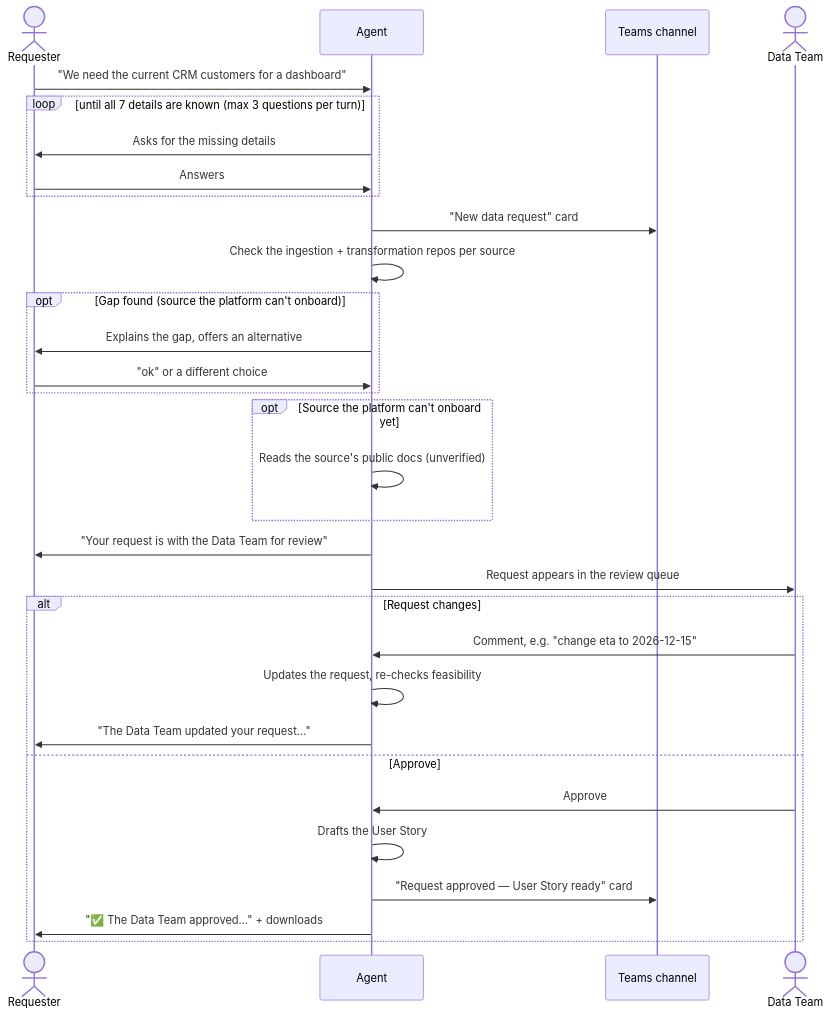
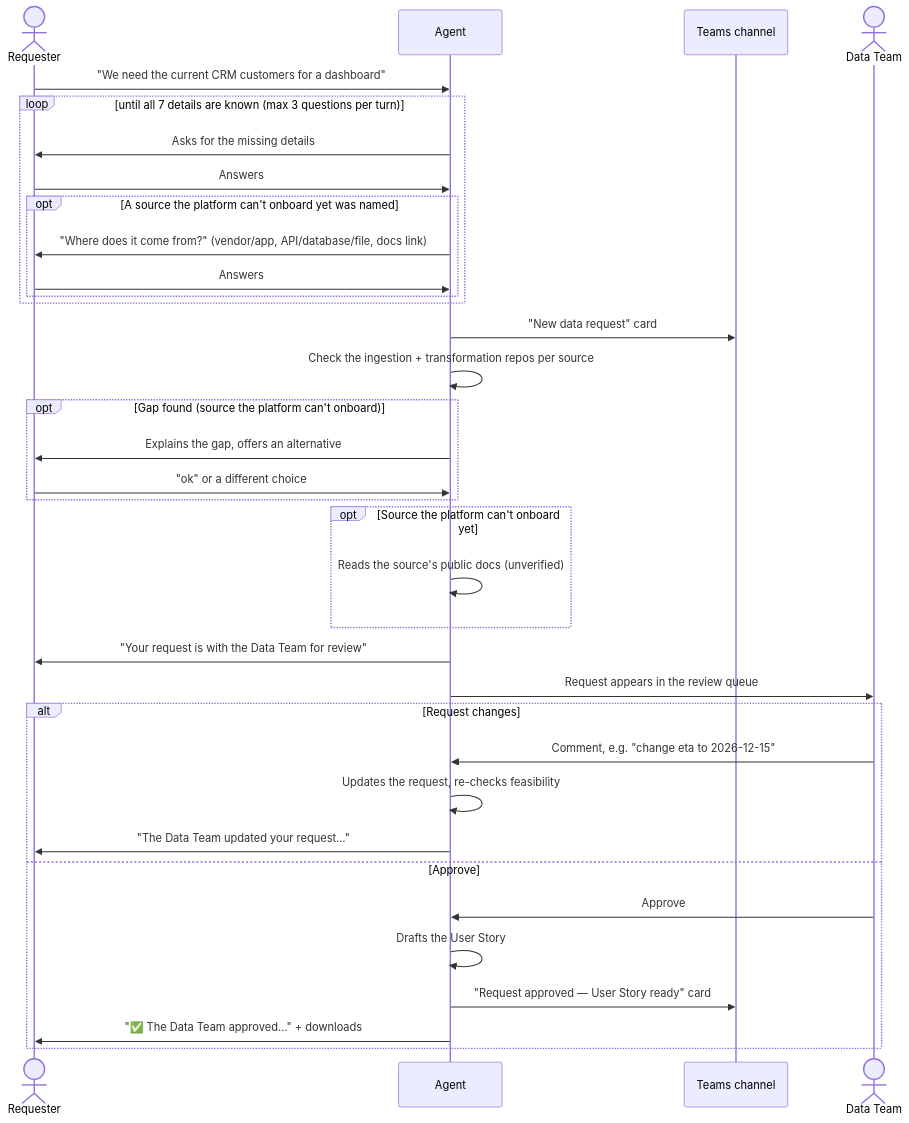
Before and after one commit to thanhphat2609/data-onboarding-agent: the diagram in docs/HOW_IT_WORKS.md, drawn with Mermaid. The commit also changed 3 other files, not shown here.

````diff
--- a/docs/HOW_IT_WORKS.md
+++ b/docs/HOW_IT_WORKS.md
@@ -10,34 +10,38 @@
 ```mermaid
 sequenceDiagram
     actor R as Requester
     participant A as Agent
     participant T as Teams channel
     actor D as Data Team
 
     R->>A: "We need the current CRM customers for a dashboard"
     loop until all 7 details are known (max 3 questions per turn)
         A->>R: Asks for the missing details
         R->>A: Answers
+        opt A source the platform can't onboard yet was named
+            A->>R: "Where does it come from?" (vendor/app, API/database/file, docs link)
+            R->>A: Answers
+        end
     end
     A->>T: "New data request" card
     A->>A: Check the ingestion + transformation repos per source
     opt Gap found (source the platform can't onboard)
         A->>R: Explains the gap, offers an alternative
         R->>A: "ok" or a different choice
     end
     opt Source the platform can't onboard yet
         A->>A: Reads the source's public docs (unverified)
     end
     A->>R: "Your request is with the Data Team for review"
     A->>D: Request appears in the review queue
     alt Request changes
         D->>A: Comment, e.g. "change eta to 2026-12-15"
         A->>A: Updates the request, re-checks feasibility
         A->>R: "The Data Team updated your request…"
     else Approve
         D->>A: Approve
         A->>A: Drafts the User Story
         A->>T: "Request approved — User Story ready" card
         A->>R: "✅ The Data Team approved…" + downloads
     end
 ```
````
